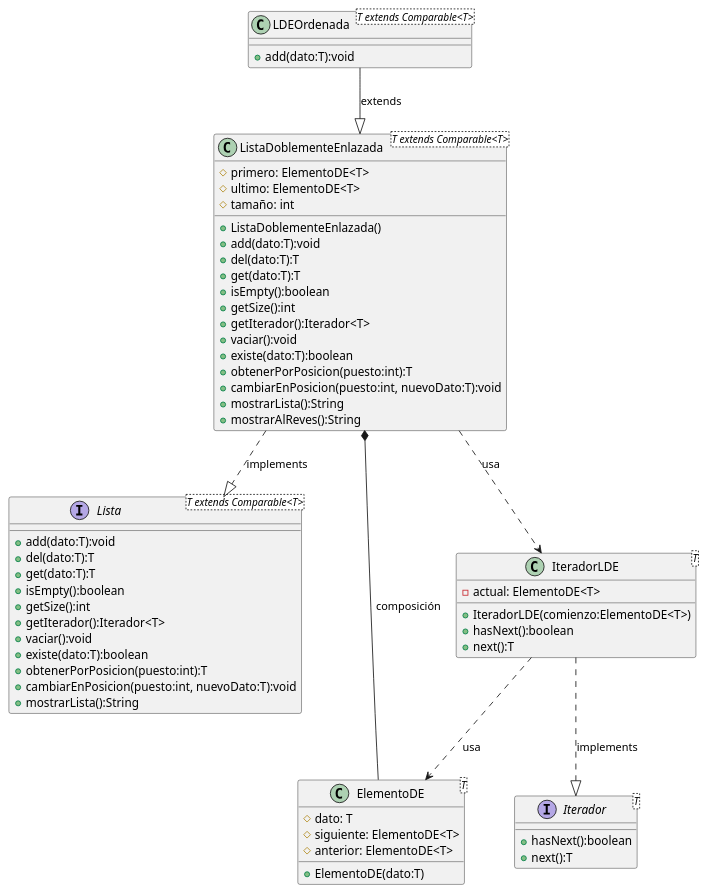
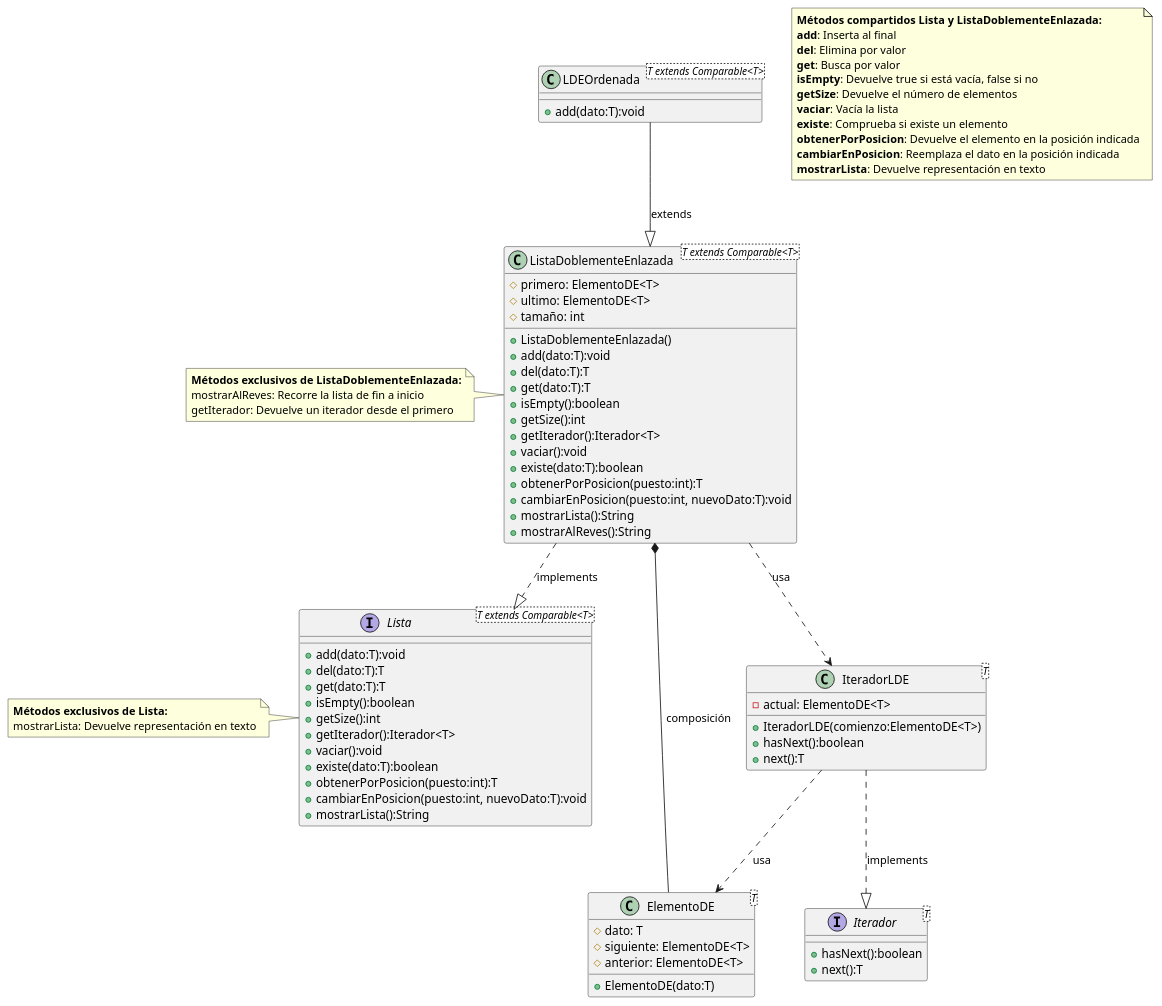
The diagram in src/EstructurasdeDatos/LDE/ListaModular/Diagrama Lista.puml (hugob-gl07/Estructura-Datos-Equipo), drawn with PlantUML before and after one commit. The commit also changed 12 other files, not shown here.

Commit message:
Cambios en los diagrama ULM

```diff
--- a/src/EstructurasdeDatos/LDE/ListaModular/Diagrama Lista.puml
+++ b/src/EstructurasdeDatos/LDE/ListaModular/Diagrama Lista.puml
@@ -1,61 +1,91 @@
 @startuml
+
 interface Iterador<T> {
     + hasNext():boolean
     + next():T
 }
 
 interface Lista<T extends Comparable<T>> {
     + add(dato:T):void
     + del(dato:T):T
     + get(dato:T):T
     + isEmpty():boolean
     + getSize():int
     + getIterador():Iterador<T>
     + vaciar():void
     + existe(dato:T):boolean
     + obtenerPorPosicion(puesto:int):T
     + cambiarEnPosicion(puesto:int, nuevoDato:T):void
     + mostrarLista():String
 }
 
 class ElementoDE<T> {
     # dato: T
     # siguiente: ElementoDE<T>
     # anterior: ElementoDE<T>
     + ElementoDE(dato:T)
 }
+
 class IteradorLDE<T> {
     - actual: ElementoDE<T>
     + IteradorLDE(comienzo:ElementoDE<T>)
     + hasNext():boolean
     + next():T
 }
+
 class ListaDoblementeEnlazada<T extends Comparable<T>> {
     # primero: ElementoDE<T>
     # ultimo: ElementoDE<T>
     # tamaño: int
     + ListaDoblementeEnlazada()
     + add(dato:T):void
     + del(dato:T):T
     + get(dato:T):T
     + isEmpty():boolean
     + getSize():int
     + getIterador():Iterador<T>
     + vaciar():void
     + existe(dato:T):boolean
     + obtenerPorPosicion(puesto:int):T
     + cambiarEnPosicion(puesto:int, nuevoDato:T):void
     + mostrarLista():String
     + mostrarAlReves():String
 }
+
 class LDEOrdenada<T extends Comparable<T>> {
     + add(dato:T):void
 }
+
 IteradorLDE ..|> Iterador : implements
 ListaDoblementeEnlazada ..|> Lista : implements
 LDEOrdenada --|> ListaDoblementeEnlazada : extends
 ListaDoblementeEnlazada *-- ElementoDE : composición
 ListaDoblementeEnlazada ..> IteradorLDE : usa
 IteradorLDE ..> ElementoDE : usa
 
+note left of ListaDoblementeEnlazada
+**Métodos exclusivos de ListaDoblementeEnlazada:**
+mostrarAlReves: Recorre la lista de fin a inicio
+getIterador: Devuelve un iterador desde el primero
+end note
+
+note left of Lista
+**Métodos exclusivos de Lista:**
+mostrarLista: Devuelve representación en texto
+end note
+
+note as N3
+**Métodos compartidos Lista y ListaDoblementeEnlazada:**
+**add**: Inserta al final
+**del**: Elimina por valor
+**get**: Busca por valor
+**isEmpty**: Devuelve true si está vacía, false si no
+**getSize**: Devuelve el número de elementos
+**vaciar**: Vacía la lista
+**existe**: Comprueba si existe un elemento
+**obtenerPorPosicion**: Devuelve el elemento en la posición indicada
+**cambiarEnPosicion**: Reemplaza el dato en la posición indicada
+**mostrarLista**: Devuelve representación en texto
+end note
+
 @enduml
```
